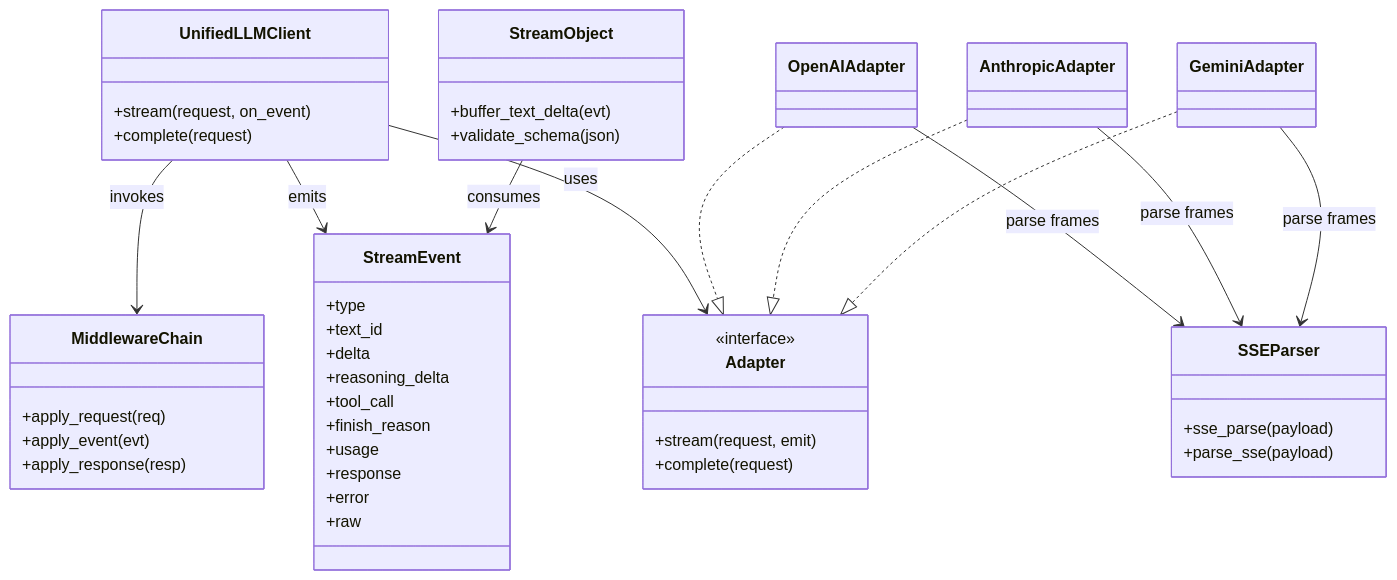
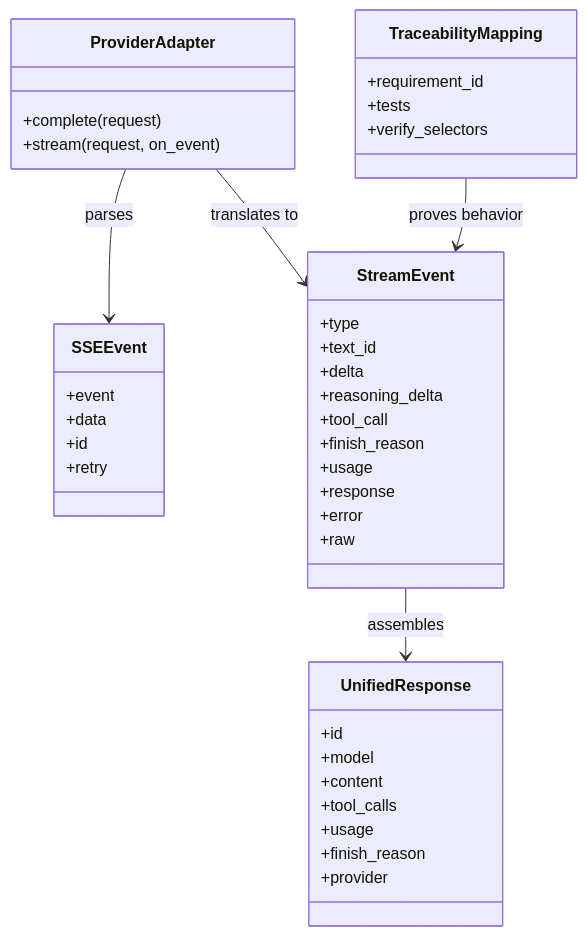
One commit to jaytaylor/attractor-tcl changed the first of 5 diagrams in docs/sprints/SPRINT-005-comprehensive-implementation-plan.md. Above: the diagram before and after it, drawn with Mermaid. The commit also changed other lines of this file, not shown here.

````diff
--- a/docs/sprints/SPRINT-005-comprehensive-implementation-plan.md
+++ b/docs/sprints/SPRINT-005-comprehensive-implementation-plan.md
@@ -956,51 +1788,44 @@
 ```mermaid
 classDiagram
-  class UnifiedLLMClient {
-    +stream(request, on_event)
-    +complete(request)
-  }
   class StreamEvent {
     +type
     +text_id
     +delta
     +reasoning_delta
     +tool_call
     +finish_reason
     +usage
     +response
     +error
     +raw
   }
-  class Adapter {
-    <<interface>>
-    +stream(request, emit)
+  class UnifiedResponse {
+    +id
+    +model
+    +content
+    +tool_calls
+    +usage
+    +finish_reason
+    +provider
+  }
+  class ProviderAdapter {
     +complete(request)
+    +stream(request, on_event)
   }
-  class OpenAIAdapter
-  class AnthropicAdapter
-  class GeminiAdapter
-  class SSEParser {
-    +sse_parse(payload)
-    +parse_sse(payload)
+  class SSEEvent {
+    +event
+    +data
+    +id
+    +retry
   }
-  class MiddlewareChain {
-    +apply_request(req)
-    +apply_event(evt)
-    +apply_response(resp)
-  }
-  class StreamObject {
-    +buffer_text_delta(evt)
-    +validate_schema(json)
+  class TraceabilityMapping {
+    +requirement_id
+    +tests
+    +verify_selectors
   }
 
-  UnifiedLLMClient --> Adapter : uses
-  OpenAIAdapter ..|> Adapter
-  AnthropicAdapter ..|> Adapter
-  GeminiAdapter ..|> Adapter
-  OpenAIAdapter --> SSEParser : parse frames
-  AnthropicAdapter --> SSEParser : parse frames
-  GeminiAdapter --> SSEParser : parse frames
-  UnifiedLLMClient --> MiddlewareChain : invokes
-  UnifiedLLMClient --> StreamEvent : emits
-  StreamObject --> StreamEvent : consumes
+  ProviderAdapter --> SSEEvent : parses
+  ProviderAdapter --> StreamEvent : translates to
+  StreamEvent --> UnifiedResponse : assembles
+  TraceabilityMapping --> StreamEvent : proves behavior
 ```
````
